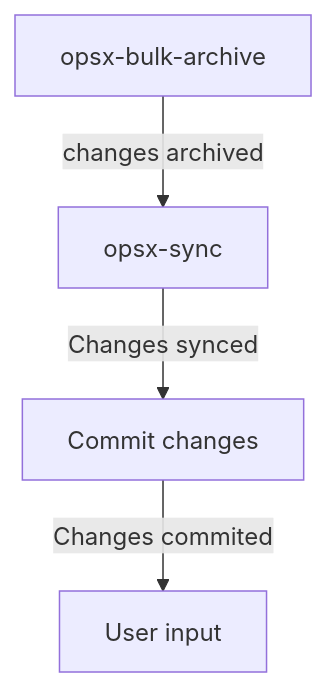
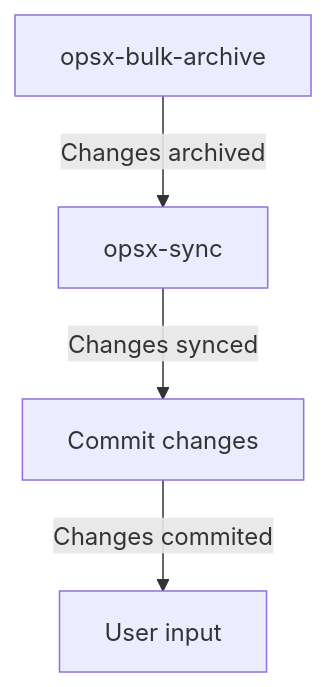
The sixth of 7 diagrams in .opencode/agents/openspec.md (aserowy/yeet), drawn with Mermaid before and after one commit. The commit also changed other lines of this file, not shown here.

Commit message:
openspec: archive and sync on ff

````diff
--- a/.opencode/agents/openspec.md
+++ b/.opencode/agents/openspec.md
@@ -102,6 +105,6 @@
 ```mermaid
 flowchart TD
-    A[opsx-bulk-archive] -->|changes archived| B[opsx-sync]
+    A[opsx-bulk-archive] -->|Changes archived| B[opsx-sync]
     B -->|Changes synced| C[Commit changes]
     C -->|Changes commited| D[User input]
 ```
````
